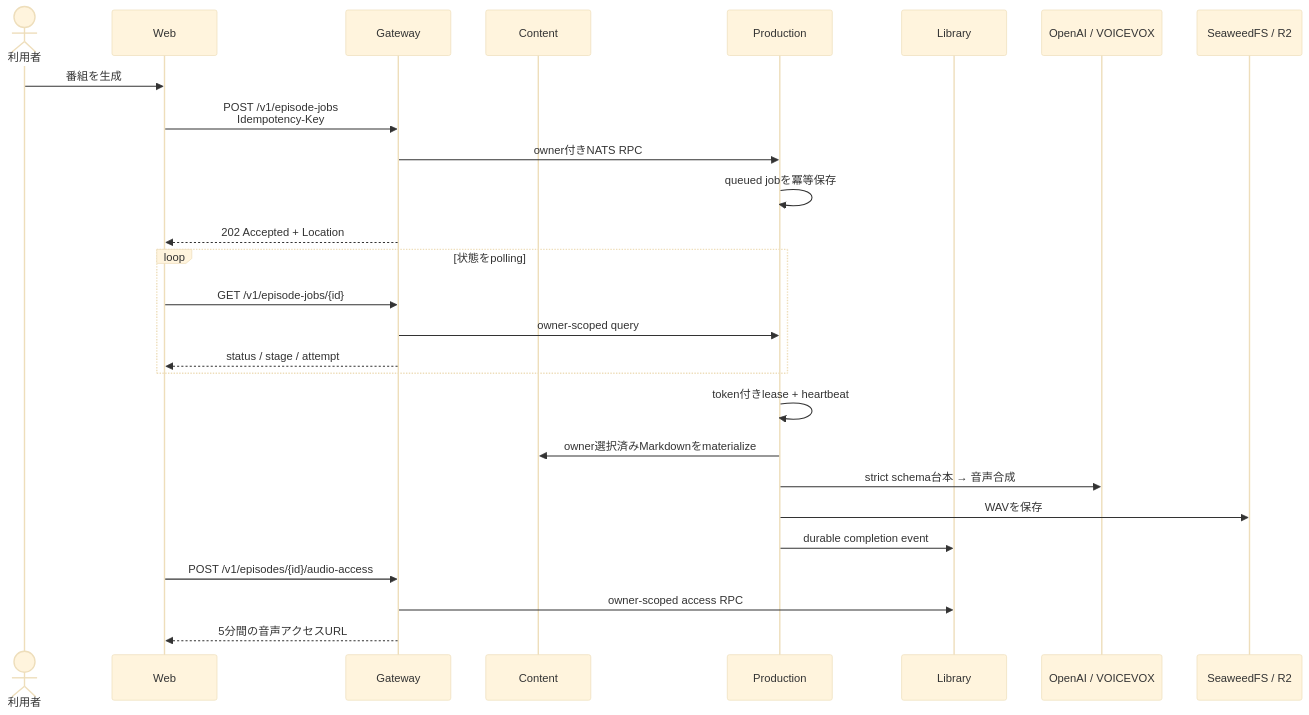
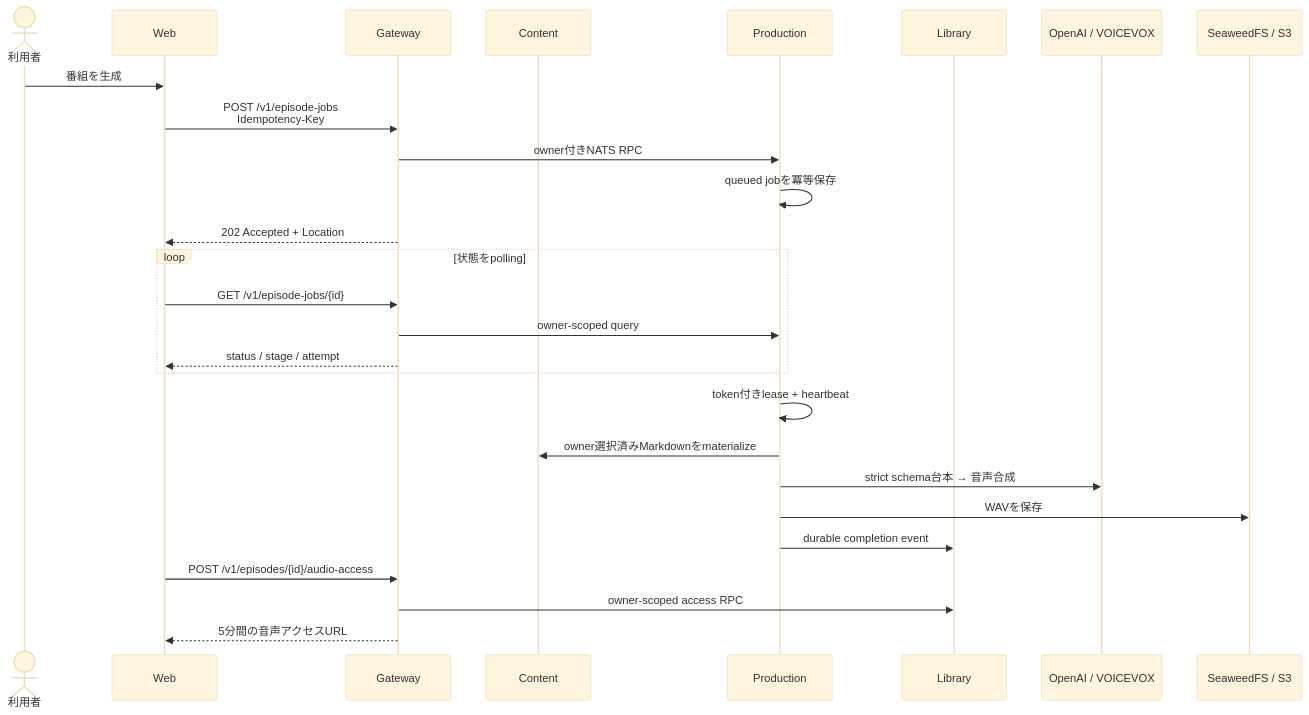
Before and after one commit to r4ai/news-podcast: the fifth of 8 diagrams in docs/architecture.md, drawn with Mermaid (base theme). The commit also changed other lines of this file and 8 other files, not shown here.

Commit message:
docs(architecture): record legacy removal

````diff
--- a/docs/architecture.md
+++ b/docs/architecture.md
@@ -220,30 +163,30 @@
 ```mermaid
 sequenceDiagram
   actor User as 利用者
   participant Web
   participant Gateway
   participant Content
   participant Production
   participant Library
   participant Providers as OpenAI / VOICEVOX
-  participant Objects as SeaweedFS / R2
+  participant Objects as SeaweedFS / S3
 
   User->>Web: 番組を生成
   Web->>Gateway: POST /v1/episode-jobs<br/>Idempotency-Key
   Gateway->>Production: owner付きNATS RPC
   Production->>Production: queued jobを冪等保存
   Gateway-->>Web: 202 Accepted + Location
   loop 状態をpolling
     Web->>Gateway: GET /v1/episode-jobs/{id}
     Gateway->>Production: owner-scoped query
     Gateway-->>Web: status / stage / attempt
   end
   Production->>Production: token付きlease + heartbeat
   Production->>Content: owner選択済みMarkdownをmaterialize
   Production->>Providers: strict schema台本 → 音声合成
   Production->>Objects: WAVを保存
   Production->>Library: durable completion event
   Web->>Gateway: POST /v1/episodes/{id}/audio-access
   Gateway->>Library: owner-scoped access RPC
   Gateway-->>Web: 5分間の音声アクセスURL
 ```
````
